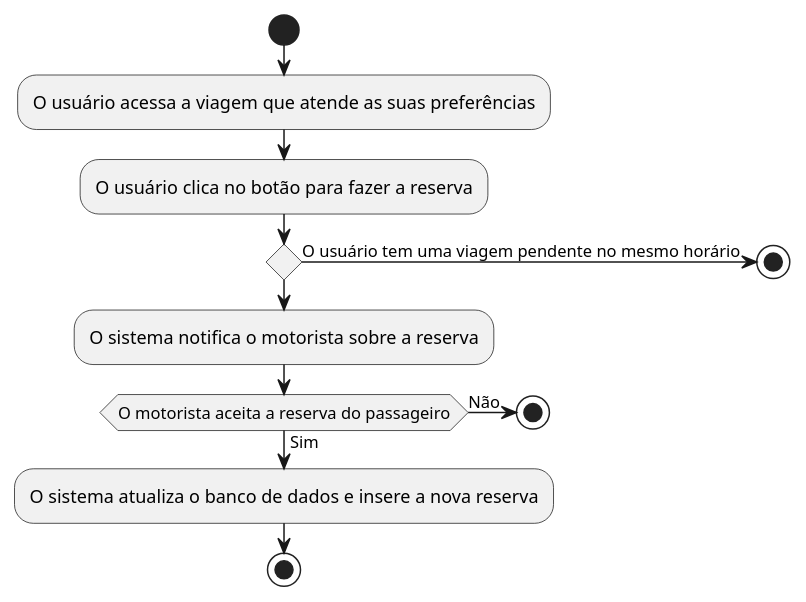
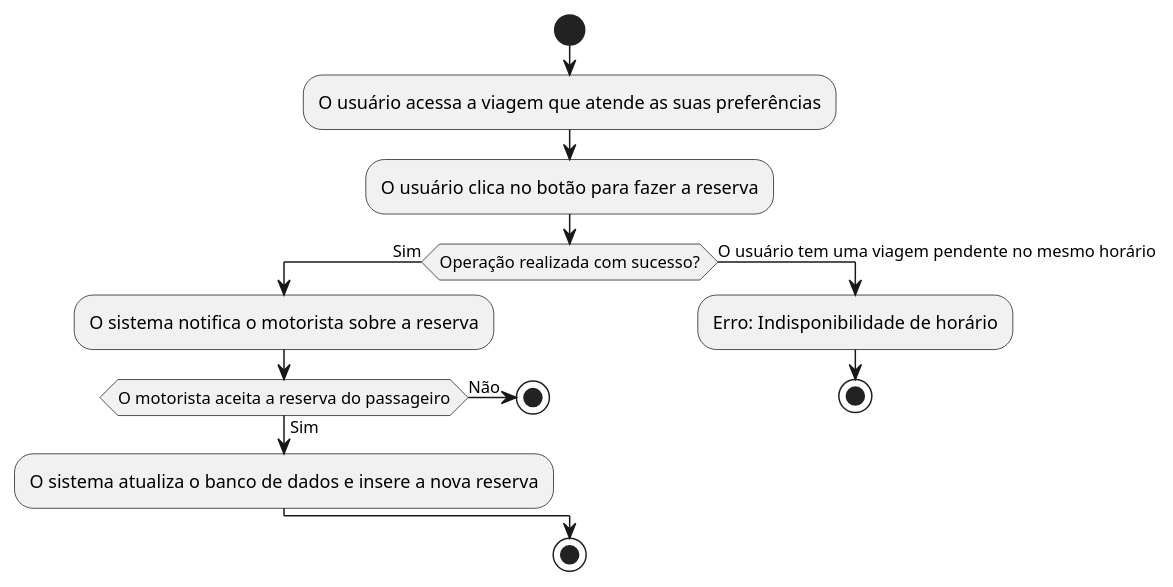
Before and after one commit to Pesagniya/FATEC-Ride: the third of 7 diagrams in docs/activity_diagram/activity.md, drawn with PlantUML. The commit also changed other lines of this file, not shown here.

```diff
--- a/docs/activity_diagram/activity.md
+++ b/docs/activity_diagram/activity.md
@@ -52,17 +54,19 @@
 @startuml  
 |Passageiro|  
 start  
 :O usuário acessa a viagem que atende as suas preferências;  
-:O usuário clica no botão para fazer a reserva;  
-if ()  
-:O sistema notifica o motorista sobre a reserva;  
-if (O motorista aceita a reserva do passageiro) then (Sim)  
-:O sistema atualiza o banco de dados e insere a nova reserva;  
-else (Não)  
-stop  
-endif  
+:O usuário clica no botão para fazer a reserva; 
+
+if (Operação realizada com sucesso?) then (Sim)  
+ :O sistema notifica o motorista sobre a reserva;  
+ if (O motorista aceita a reserva do passageiro) then (Sim)  
+  :O sistema atualiza o banco de dados e insere a nova reserva;  
+ else (Não)  
+ stop  
+ endif  
 else (O usuário tem uma viagem pendente no mesmo horário)  
-stop  
+ :Erro: Indisponibilidade de horário;  
+ stop  
 endif  
 stop  
 @enduml  
```
